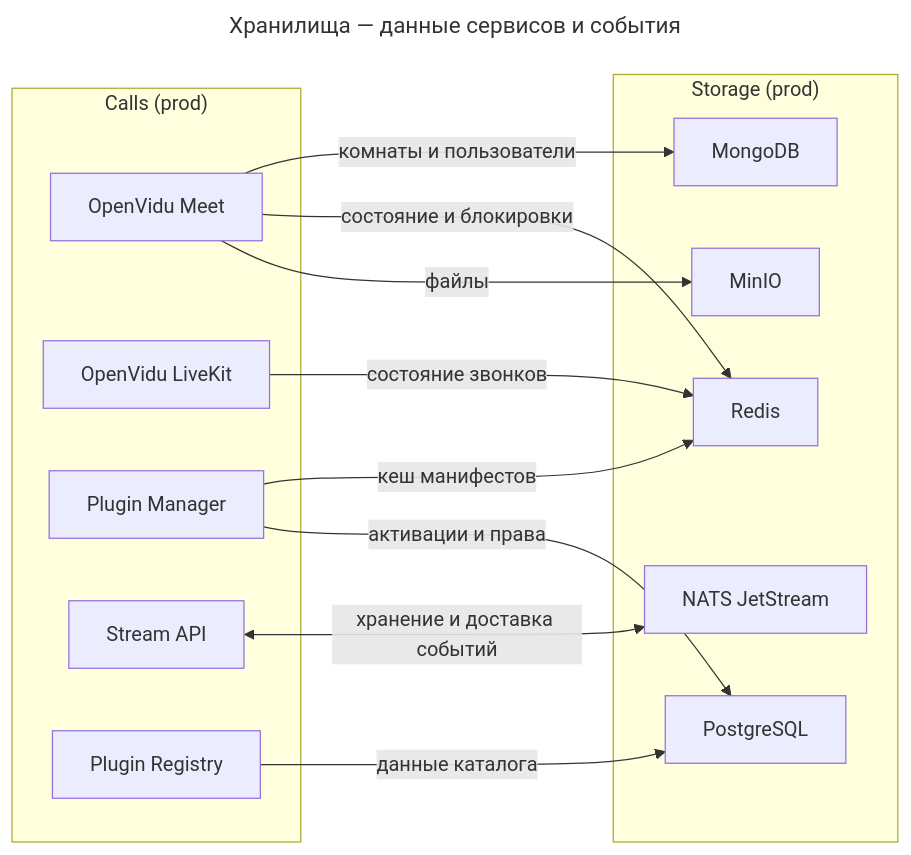
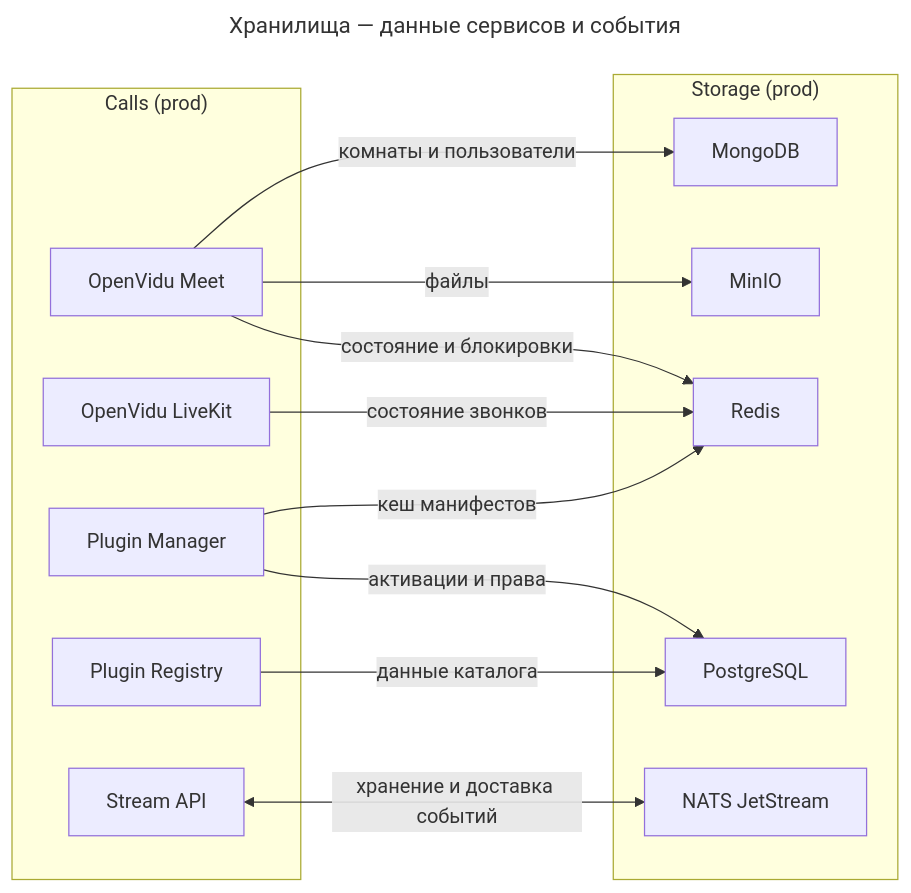
Before and after one commit to dwspurpleteam/deployer: the third of 3 diagrams in README.md, drawn with Mermaid. The commit also changed other lines of this file, not shown here.

Commit message:
Clarify plugin activation flow

````diff
--- a/README.md
+++ b/README.md
@@ -55,30 +57,30 @@
 ```mermaid
 ---
 title: Хранилища — данные сервисов и события
 ---
 flowchart LR
   subgraph calls_storage["Calls (prod)"]
     meet[OpenVidu Meet]
     openvidu[OpenVidu LiveKit]
     manager[Plugin Manager]
+    registry[Plugin Registry]
     streamapi[Stream API]
-    registry[Plugin Registry]
   end
 
   subgraph storage["Storage (prod)"]
     mongodb[MongoDB]
+    minio[MinIO]
     redis[Redis]
-    minio[MinIO]
+    postgres[PostgreSQL]
     nats["NATS JetStream"]
-    postgres[PostgreSQL]
   end
 
   meet -->|комнаты и пользователи| mongodb
+  meet -->|файлы| minio
   meet -->|состояние и блокировки| redis
-  meet -->|файлы| minio
   openvidu -->|состояние звонков| redis
   manager -->|кеш манифестов| redis
+  manager -->|активации и права| postgres
+  registry -->|данные каталога| postgres
   streamapi <-->|хранение и доставка событий| nats
-  registry -->|данные каталога| postgres
-  manager -->|активации и права| postgres
 ```
````
